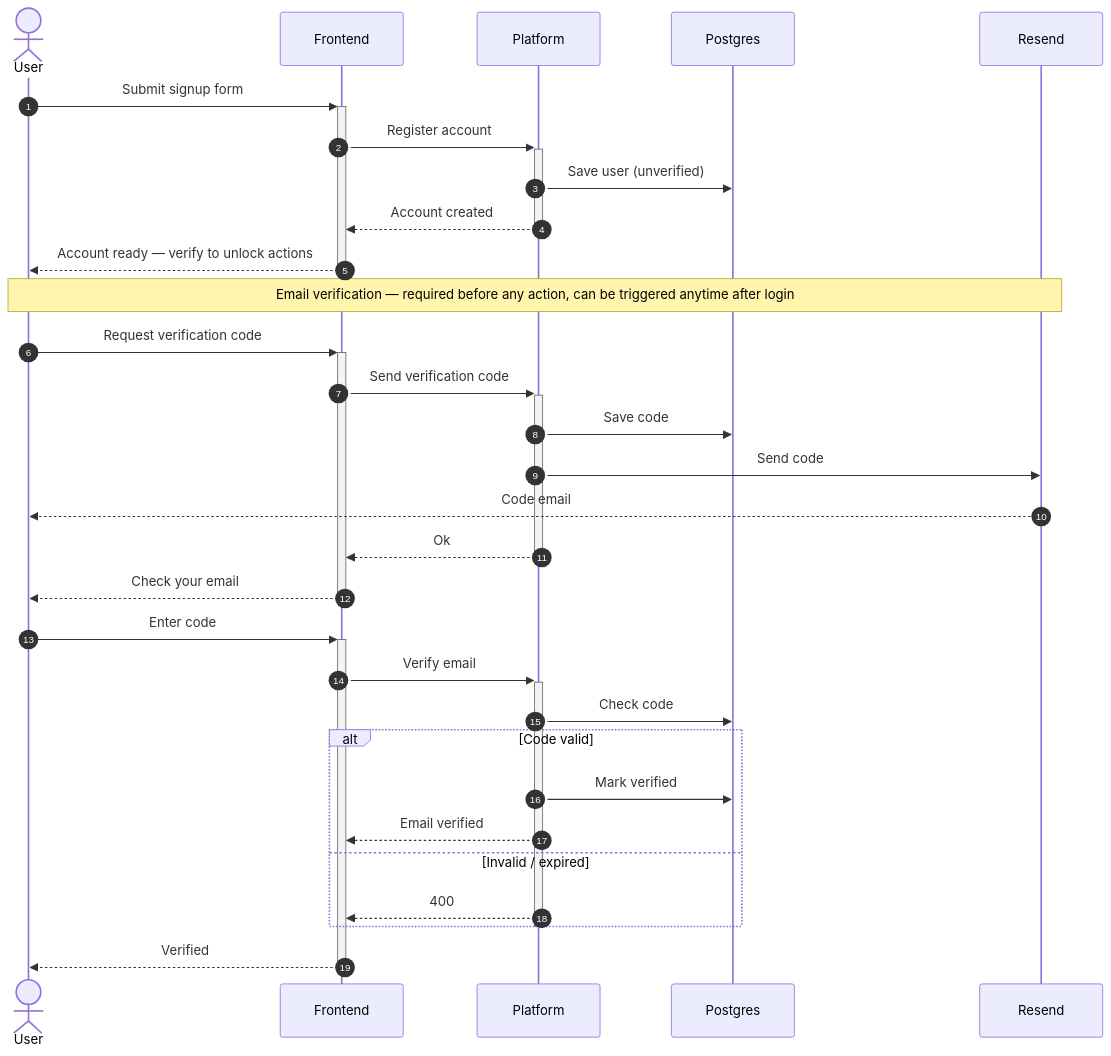
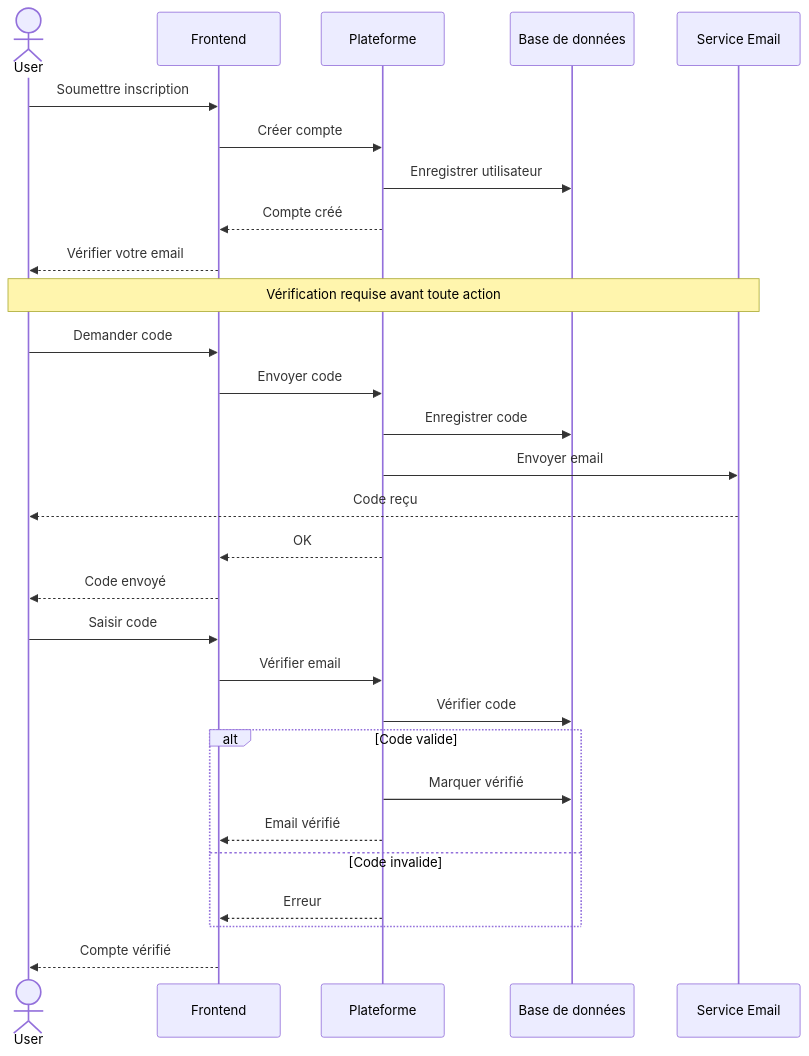
The first of 16 diagrams in docs/SEQUENCE_DIAGRAMS.md (MohamedChebbi123/teamnest), drawn with Mermaid before and after one commit. The commit also changed other lines of this file, not shown here.

````diff
--- a/docs/SEQUENCE_DIAGRAMS.md
+++ b/docs/SEQUENCE_DIAGRAMS.md
@@ -24,37 +24,35 @@
 ```mermaid
 sequenceDiagram
-    autonumber
     actor User
     participant FE as Frontend
-    participant API as Platform
-    participant DB as Postgres
-    participant Mail as Resend
+    participant API as Plateforme
+    participant DB as Base de données
+    participant Mail as Service Email
 
-    User->>+FE: Submit signup form
-    FE->>+API: Register account
-    API->>DB: Save user (unverified)
-    API-->>-FE: Account created
-    FE-->>-User: Account ready — verify to unlock actions
+    User->>FE: Soumettre inscription
+    FE->>API: Créer compte
+    API->>DB: Enregistrer utilisateur
+    API-->>FE: Compte créé
+    FE-->>User: Vérifier votre email
 
-    Note over User,Mail: Email verification — required before any action, can be triggered anytime after login
+    Note over User,Mail: Vérification requise avant toute action
 
-    User->>+FE: Request verification code
-    FE->>+API: Send verification code
-    API->>DB: Save code
-    API->>Mail: Send code
-    Mail-->>User: Code email
-    API-->>-FE: Ok
-    FE-->>-User: Check your email
+    User->>FE: Demander code
+    FE->>API: Envoyer code
+    API->>DB: Enregistrer code
+    API->>Mail: Envoyer email
+    Mail-->>User: Code reçu
+    API-->>FE: OK
+    FE-->>User: Code envoyé
 
-    User->>+FE: Enter code
-    FE->>+API: Verify email
-    API->>DB: Check code
-    alt Code valid
-        API->>DB: Mark verified
-        API-->>FE: Email verified
-    else Invalid / expired
-        API-->>FE: 400
+    User->>FE: Saisir code
+    FE->>API: Vérifier email
+    API->>DB: Vérifier code
+    alt Code valide
+        API->>DB: Marquer vérifié
+        API-->>FE: Email vérifié
+    else Code invalide
+        API-->>FE: Erreur
     end
-    deactivate API
-    FE-->>-User: Verified
+    FE-->>User: Compte vérifié
 ```
````
